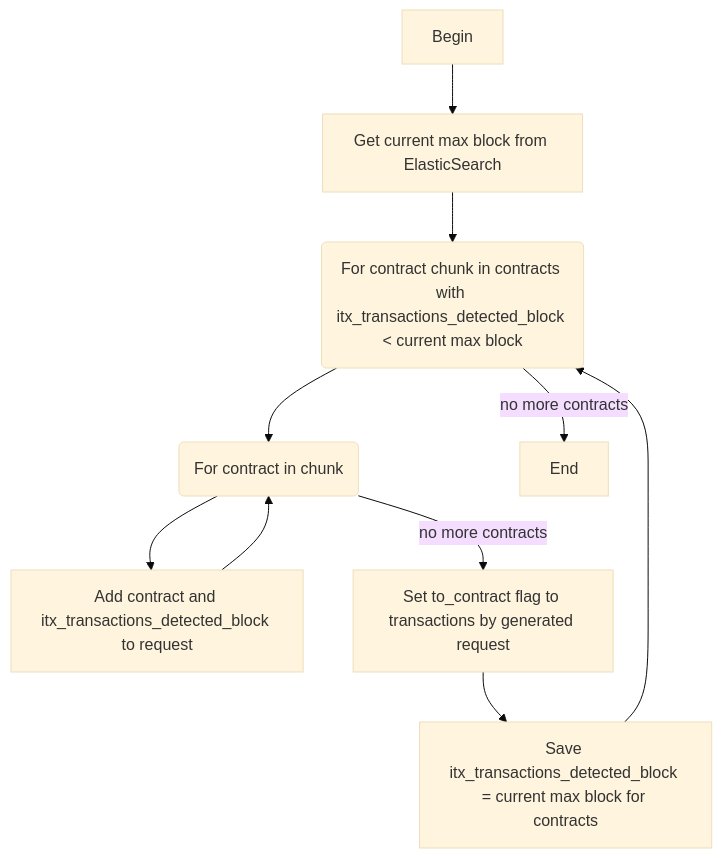
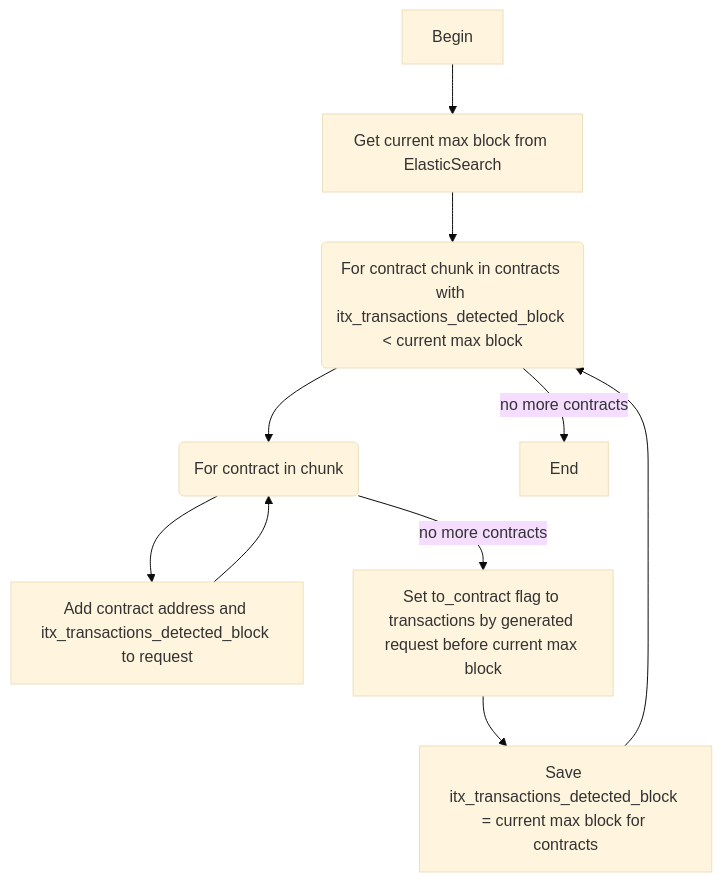
The second of 3 diagrams in README.md (cyber-drop/ethereum_analytical_db), drawn with Mermaid (base theme) before and after one commit.

````diff
--- a/README.md
+++ b/README.md
@@ -94,12 +94,12 @@
 ```mermaid
 graph TD
 A[Begin] --> B[Get current max block from ElasticSearch]
 B --> C(For contract chunk in contracts with itx_transactions_detected_block < current max block)
 C --> D(For contract in chunk)
-D --> E[Add contract and itx_transactions_detected_block to request]
+D --> E[Add contract address and itx_transactions_detected_block to request]
 E --> D
-D --> |no more contracts| F[Set to_contract flag to transactions by generated request]
+D --> |no more contracts| F[Set to_contract flag to transactions by generated request before current max block]
 F --> G[Save itx_transactions_detected_block = current max block for contracts]
 G --> C
 C --> |no more contracts|H[End]
 ```
````
